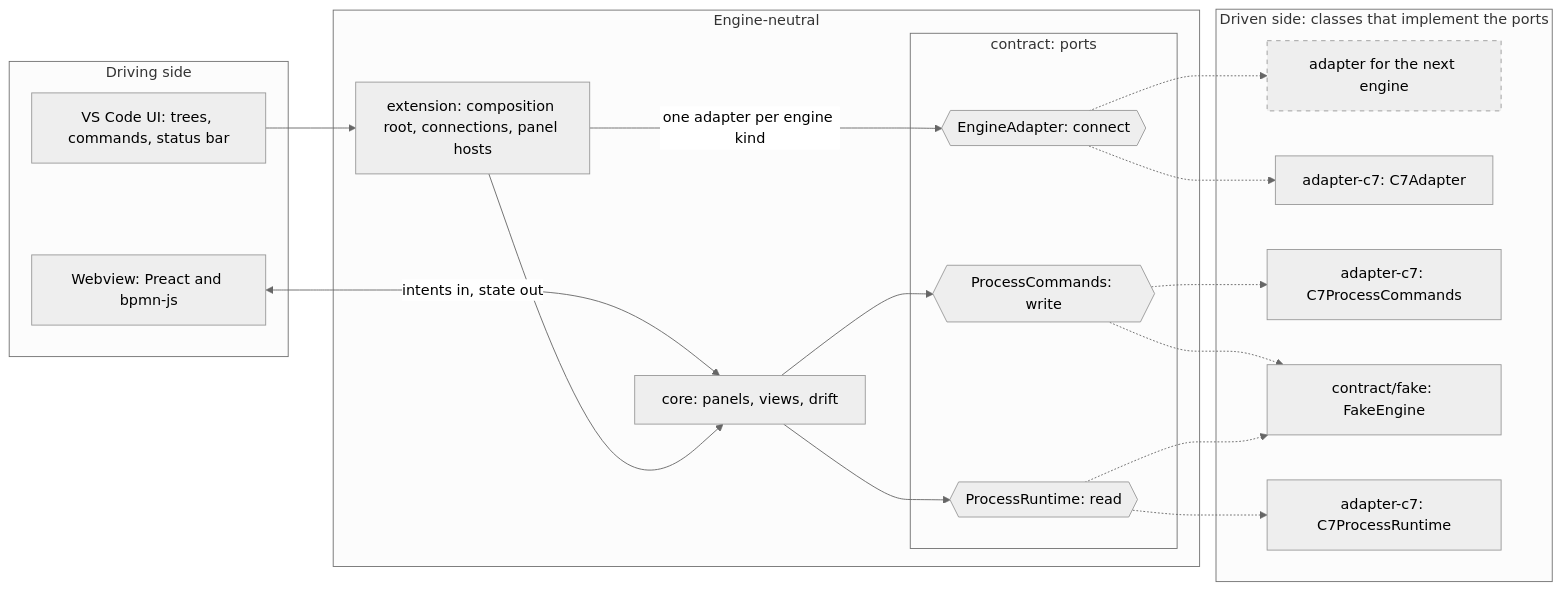
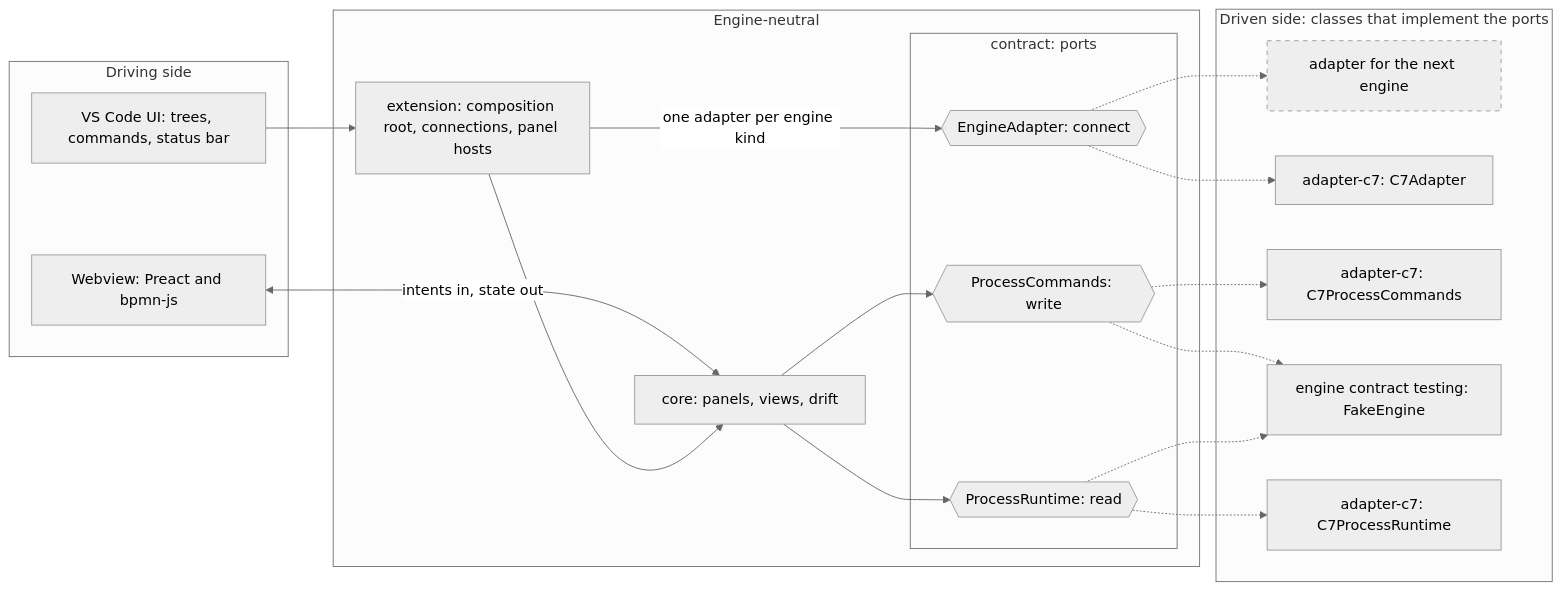
Before and after one commit to Miragon/pulse: the second of 7 diagrams in apps/vscode/docs/architecture-overview.md, drawn with Mermaid (neutral theme). The commit also changed other lines of this file and 161 other files, not shown here.

````diff
--- a/apps/vscode/docs/architecture-overview.md
+++ b/apps/vscode/docs/architecture-overview.md
@@ -80,35 +80,35 @@
 ```mermaid
 flowchart LR
   subgraph driving [Driving side]
     ui[VS Code UI: trees, commands, status bar]
     webview[Webview: Preact and bpmn-js]
   end
   subgraph neutral [Engine-neutral]
     extension[extension: composition root, connections, panel hosts]
     core[core: panels, views, drift]
     subgraph ports [contract: ports]
       adapterPort{{EngineAdapter: connect}}
       runtime{{ProcessRuntime: read}}
       commands{{ProcessCommands: write}}
     end
   end
   subgraph driven [Driven side: classes that implement the ports]
     next["adapter for the next engine"]
     c7Adapter[adapter-c7: C7Adapter]
     c7Commands[adapter-c7: C7ProcessCommands]
-    fake[contract/fake: FakeEngine]
+    fake[engine contract testing: FakeEngine]
     c7Runtime[adapter-c7: C7ProcessRuntime]
   end
 
   ui --> extension
   webview <-- intents in, state out --> core
   extension --> core
   extension -- one adapter per engine kind --> adapterPort
   core --> runtime
   core --> commands
   adapterPort -.-> c7Adapter & next
   commands -.-> c7Commands & fake
   runtime -.-> fake & c7Runtime
   classDef planned stroke-dasharray: 5 5
   class next planned
 ```
````
